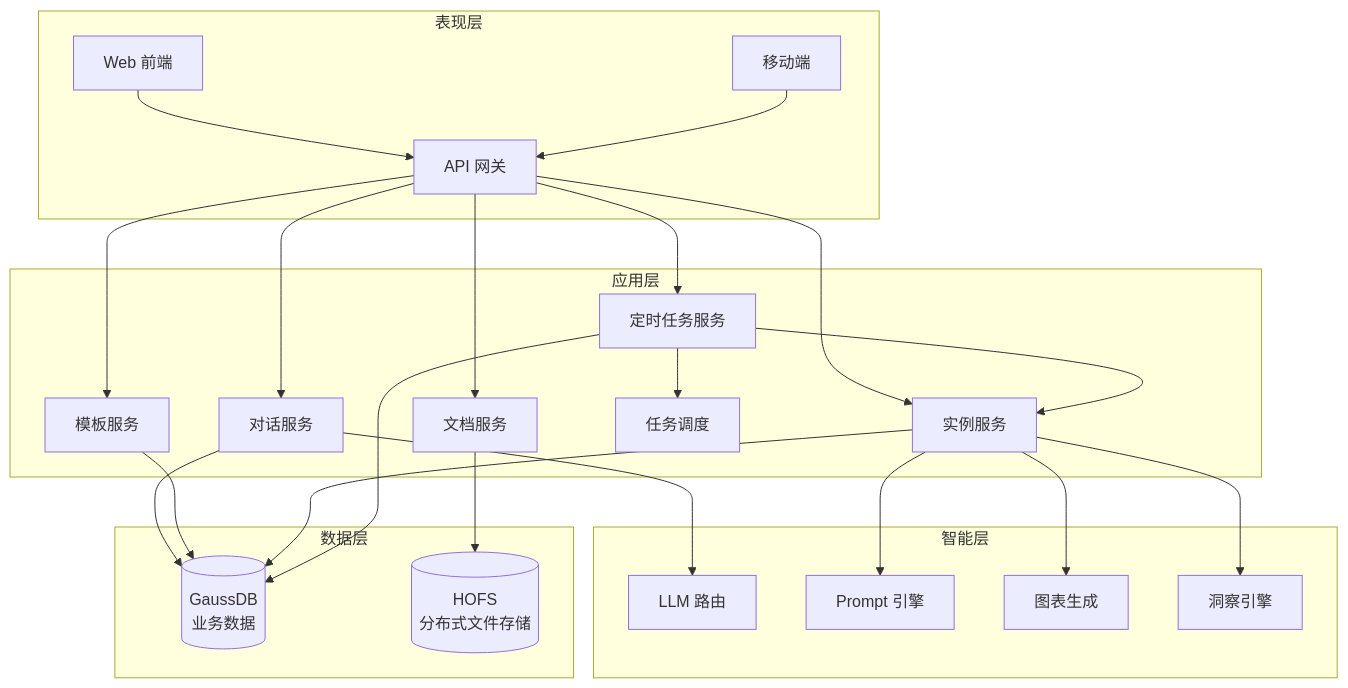
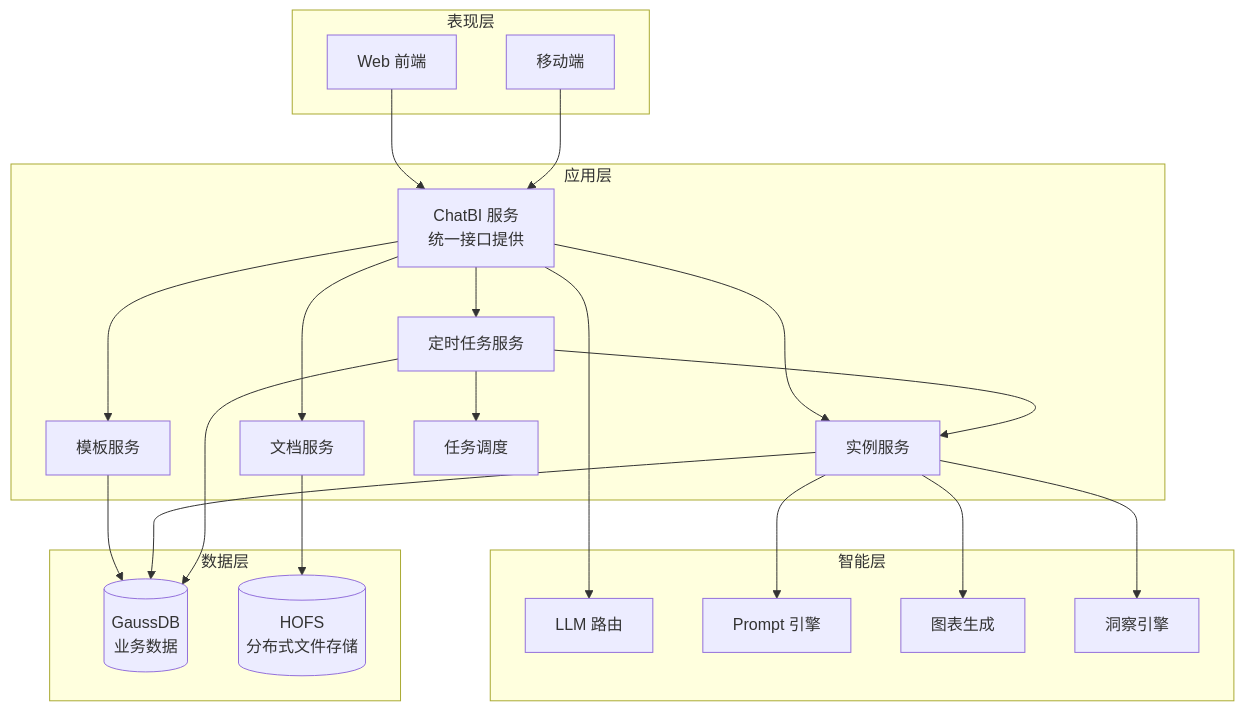
The ninth of 13 diagrams in design.md (shel447/ReportSystem), drawn with Mermaid before and after one commit. The commit also changed other lines of this file, not shown here.

Commit message:
Update: Remove API gateway, ChatBI service provides all interfaces directly

````diff
--- a/design.md
+++ b/design.md
@@ -640,51 +640,49 @@
 ```mermaid
 graph TB
     subgraph 表现层
         Web[Web 前端]
         Mobile[移动端]
-        API[API 网关]
     end
     
     subgraph 应用层
-        ChatService[对话服务]
+        ChatBI[ChatBI 服务<br/>统一接口提供]
         TemplateService[模板服务]
         InstanceService[实例服务]
         DocService[文档服务]
         SchedulerService[定时任务服务]
         TaskScheduler[任务调度]
     end
     
     subgraph 智能层
         LLMRouter[LLM 路由]
         PromptEngine[Prompt 引擎]
         ChartGenerator[图表生成]
         InsightEngine[洞察引擎]
     end
     
     subgraph 数据层
         GaussDB[(GaussDB<br/>业务数据)]
         HOFS[(HOFS<br/>分布式文件存储)]
     end
     
-    Web --> API
-    Mobile --> API
-    API --> ChatService
-    API --> TemplateService
-    API --> InstanceService
-    API --> DocService
-    API --> SchedulerService
+    Web --> ChatBI
+    Mobile --> ChatBI
     
-    ChatService --> LLMRouter
+    ChatBI --> TemplateService
+    ChatBI --> InstanceService
+    ChatBI --> DocService
+    ChatBI --> SchedulerService
+    
+    ChatBI --> LLMRouter
     InstanceService --> PromptEngine
     InstanceService --> ChartGenerator
     InstanceService --> InsightEngine
     
     SchedulerService --> TaskScheduler
     SchedulerService --> InstanceService
     
-    ChatService --> GaussDB
     TemplateService --> GaussDB
     InstanceService --> GaussDB
     SchedulerService --> GaussDB
     DocService --> HOFS
 ```
````
